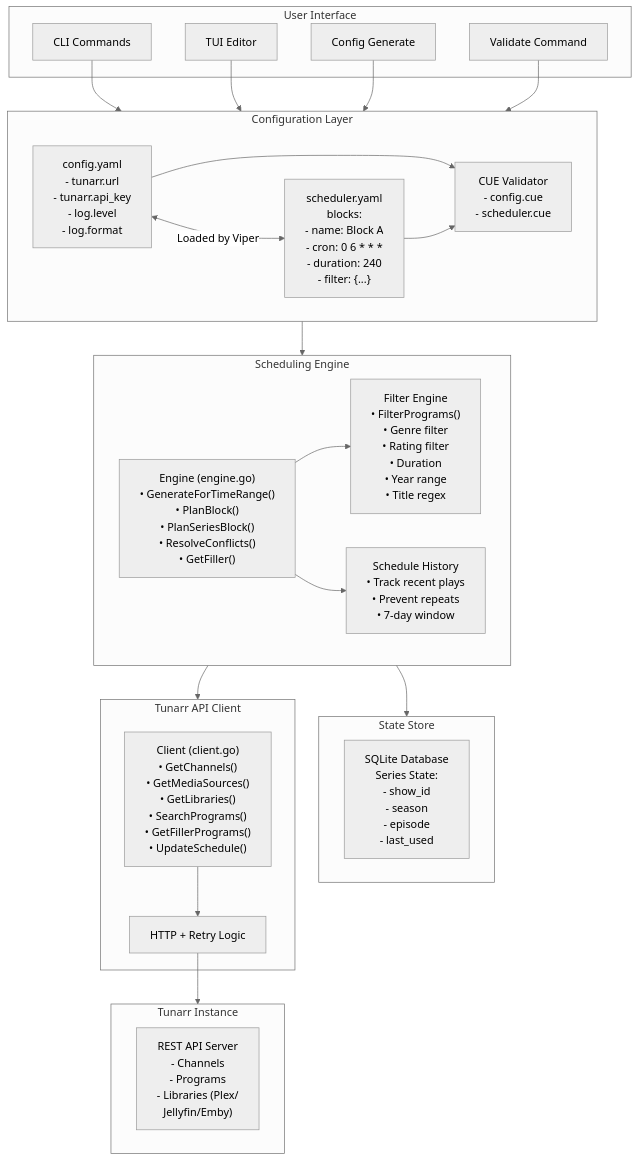
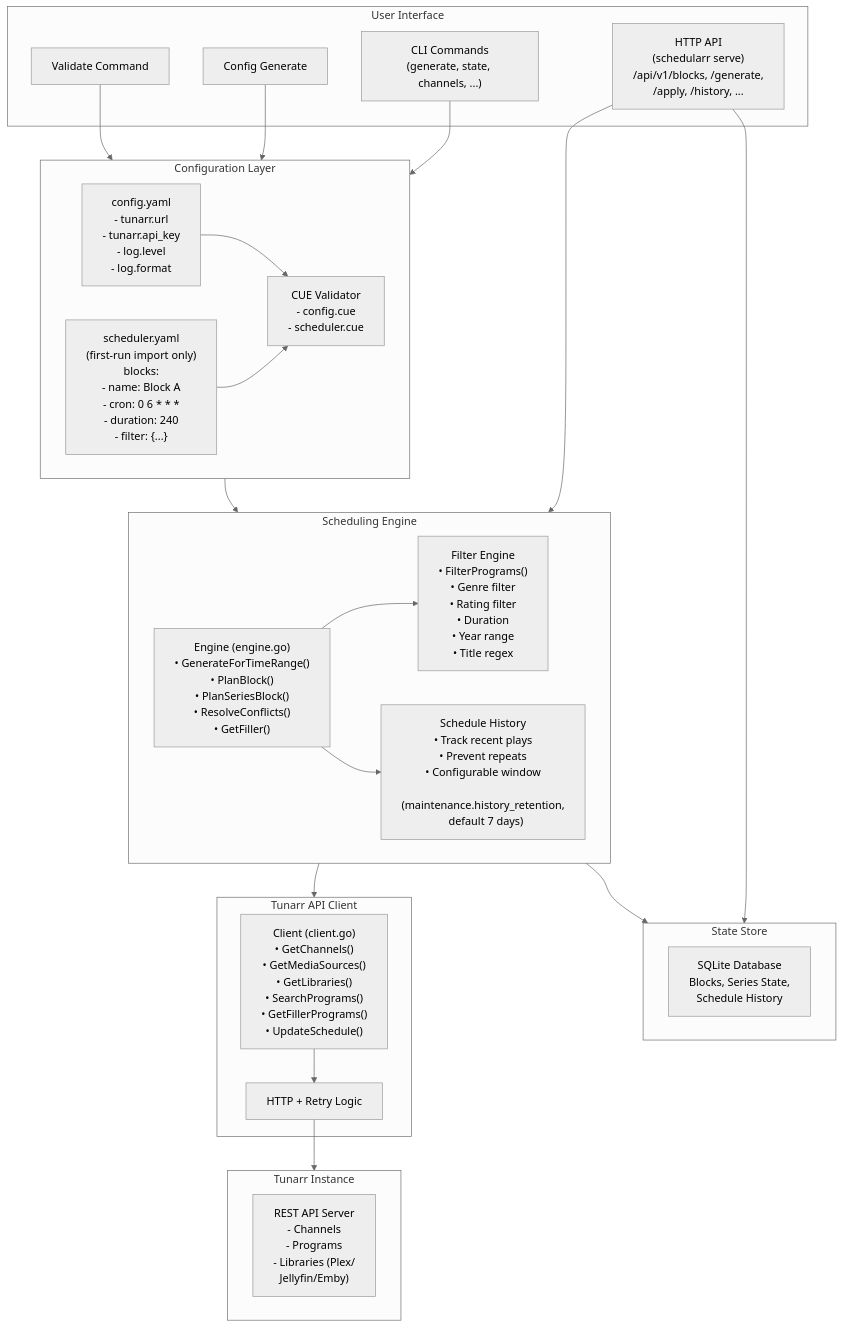
Before and after one commit to christopherime/schedularr: the diagram in docs/ARCHITECTURE.md, drawn with Mermaid (neutral theme). The commit also changed other lines of this file and 9 other files, not shown here.

````diff
--- a/docs/ARCHITECTURE.md
+++ b/docs/ARCHITECTURE.md
@@ -20,53 +25,53 @@
 ```mermaid
 graph TB
   subgraph UI["User Interface"]
-    CLI["CLI Commands"]
-    TUI["TUI Editor"]
+    CLI["CLI Commands<br/>(generate, state, channels, ...)"]
+    ServeAPI["HTTP API<br/>(schedularr serve)<br/>/api/v1/blocks, /generate,<br/>/apply, /history, ..."]
     ConfigGen["Config Generate"]
     Validate["Validate Command"]
   end
 
   subgraph ConfigLayer["Configuration Layer"]
     ConfigYAML["config.yaml<br/>- tunarr.url<br/>- tunarr.api_key<br/>- log.level<br/>- log.format"]
-    SchedulerYAML["scheduler.yaml<br/>blocks:<br/>- name: Block A<br/>- cron: 0 6 * * *<br/>- duration: 240<br/>- filter: {...}"]
+    SchedulerYAML["scheduler.yaml<br/>(first-run import only)<br/>blocks:<br/>- name: Block A<br/>- cron: 0 6 * * *<br/>- duration: 240<br/>- filter: {...}"]
     CUEValidator["CUE Validator<br/>- config.cue<br/>- scheduler.cue"]
 
-    ConfigYAML <-->|"Loaded by Viper"| SchedulerYAML
     ConfigYAML --> CUEValidator
     SchedulerYAML --> CUEValidator
   end
 
   subgraph Engine["Scheduling Engine"]
     EngineCore["Engine (engine.go)<br/>• GenerateForTimeRange()<br/>• PlanBlock()<br/>• PlanSeriesBlock()<br/>• ResolveConflicts()<br/>• GetFiller()"]
     FilterEngine["Filter Engine<br/>• FilterPrograms()<br/>• Genre filter<br/>• Rating filter<br/>• Duration<br/>• Year range<br/>• Title regex"]
-    History["Schedule History<br/>• Track recent plays<br/>• Prevent repeats<br/>• 7-day window"]
+    History["Schedule History<br/>• Track recent plays<br/>• Prevent repeats<br/>• Configurable window<br/>  (maintenance.history_retention,<br/>  default 7 days)"]
 
     EngineCore --> FilterEngine
     EngineCore --> History
   end
 
   subgraph StateStore["State Store"]
-    SQLite["SQLite Database<br/>Series State:<br/>- show_id<br/>- season<br/>- episode<br/>- last_used"]
+    SQLite["SQLite Database<br/>Blocks, Series State,<br/>Schedule History"]
   end
 
   subgraph TunarrClient["Tunarr API Client"]
     Client["Client (client.go)<br/>• GetChannels()<br/>• GetMediaSources()<br/>• GetLibraries()<br/>• SearchPrograms()<br/>• GetFillerPrograms()<br/>• UpdateSchedule()"]
     HTTP["HTTP + Retry Logic"]
 
     Client --> HTTP
   end
 
   subgraph Tunarr["Tunarr Instance"]
     TunarrAPI["REST API Server<br/>- Channels<br/>- Programs<br/>- Libraries (Plex/<br/>  Jellyfin/Emby)"]
   end
 
   CLI --> ConfigLayer
-  TUI --> ConfigLayer
+  ServeAPI --> Engine
+  ServeAPI --> StateStore
   ConfigGen --> ConfigLayer
   Validate --> ConfigLayer
 
   ConfigLayer --> Engine
   Engine --> StateStore
   Engine --> TunarrClient
   HTTP --> Tunarr
 ```
````
